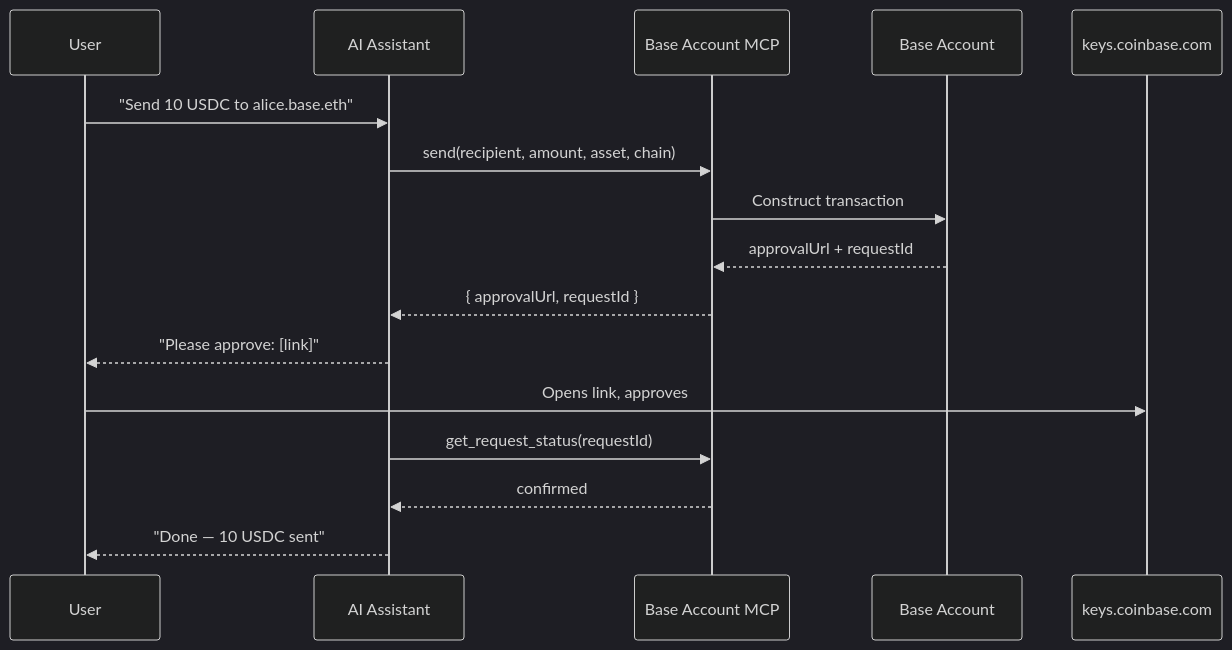
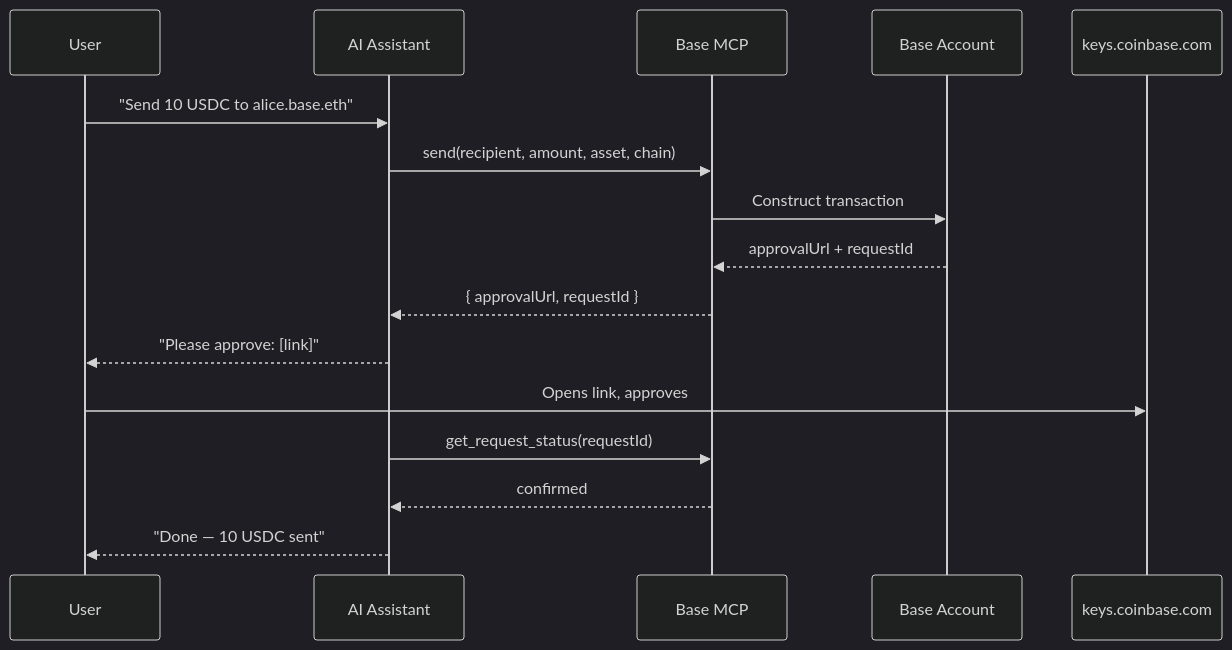
Before and after one commit to base/docs: the diagram in docs/ai-agents/index.mdx, drawn with Mermaid (dark theme). The commit also changed other lines of this file and 15 other files, not shown here.

Commit message:
update base mcp naming

````diff
--- a/docs/ai-agents/index.mdx
+++ b/docs/ai-agents/index.mdx
@@ -17,19 +17,19 @@
 ```mermaid
 sequenceDiagram
     participant User
     participant AI as AI Assistant
-    participant MCP as Base Account MCP
+    participant MCP as Base MCP
     participant BA as Base Account
     participant Approve as keys.coinbase.com
 
     User->>AI: "Send 10 USDC to alice.base.eth"
     AI->>MCP: send(recipient, amount, asset, chain)
     MCP->>BA: Construct transaction
     BA-->>MCP: approvalUrl + requestId
     MCP-->>AI: { approvalUrl, requestId }
     AI-->>User: "Please approve: [link]"
     User->>Approve: Opens link, approves
     AI->>MCP: get_request_status(requestId)
     MCP-->>AI: confirmed
     AI-->>User: "Done — 10 USDC sent"
 ```
````
